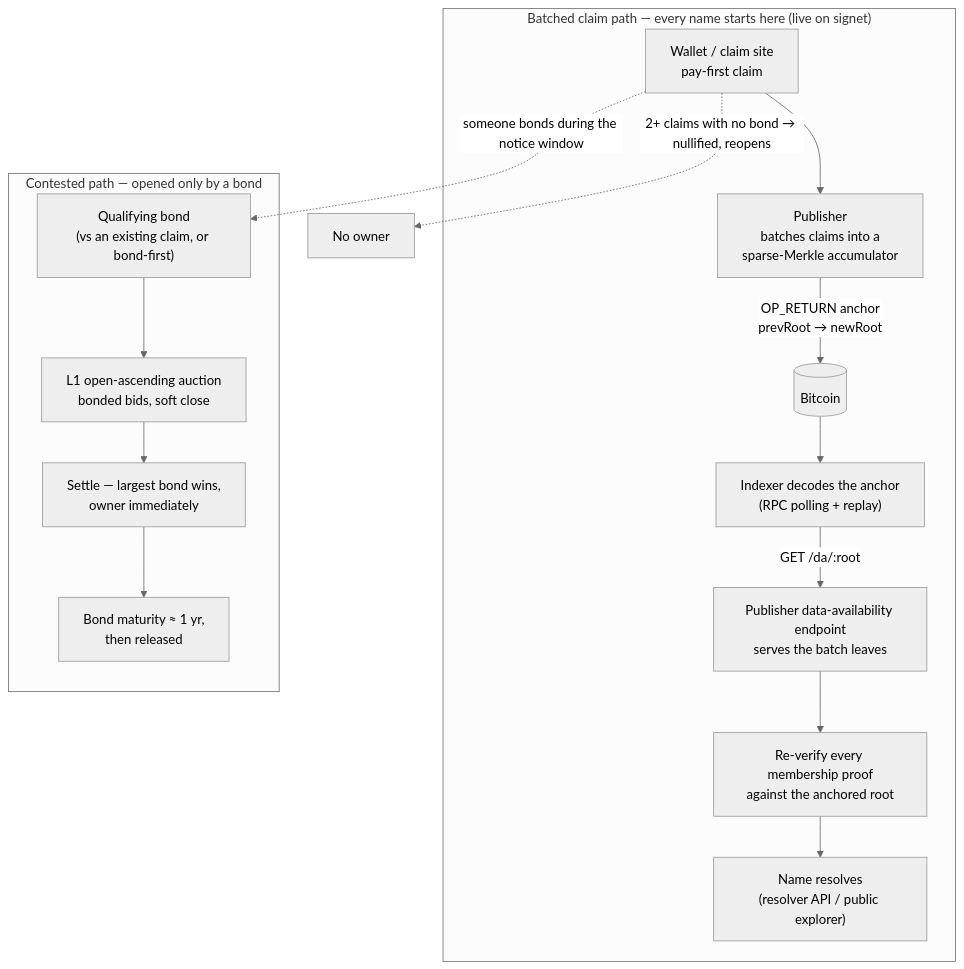
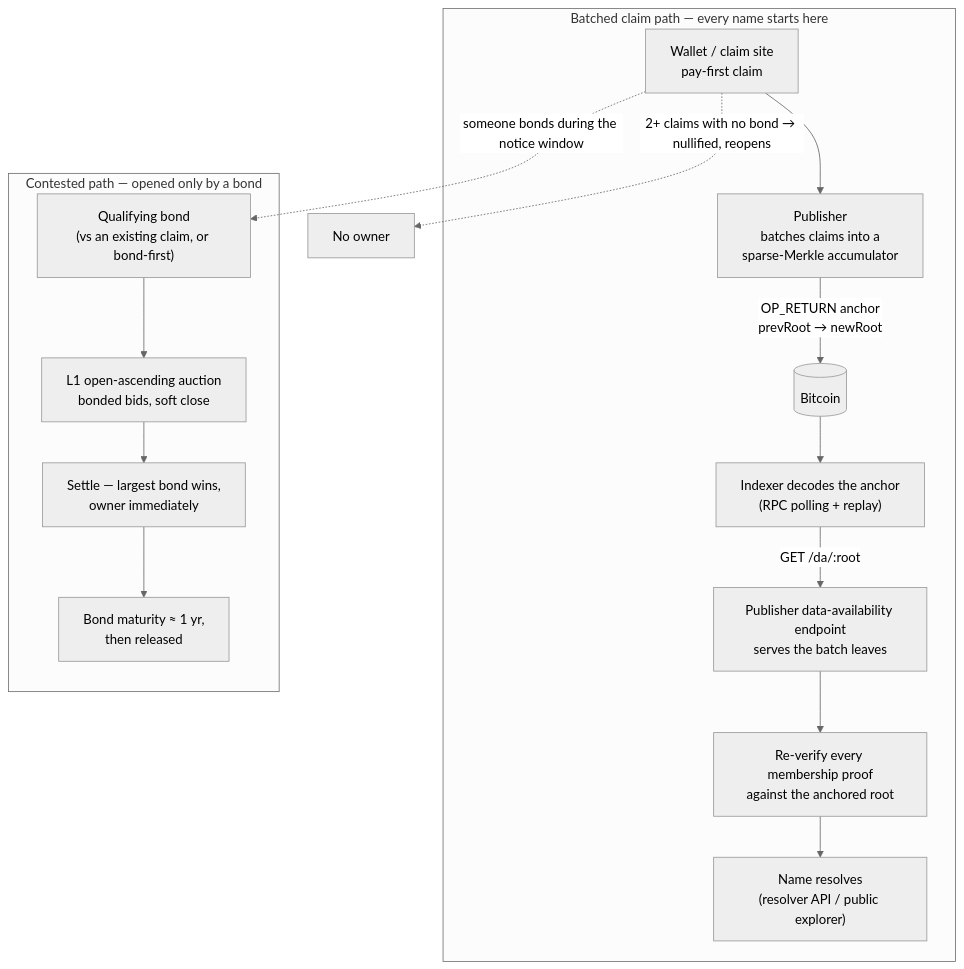
The diagram in README.md (deekay/ont), drawn with Mermaid (neutral theme) before and after one commit. The commit also changed other lines of this file and 11 other files, not shown here.

````diff
--- a/README.md
+++ b/README.md
@@ -60,18 +60,18 @@
 ```mermaid
 flowchart TB
-  subgraph CHEAP["Batched claim path — every name starts here (live on signet)"]
+  subgraph CHEAP["Batched claim path — every name starts here"]
     W["Wallet / claim site<br/>pay-first claim"] --> PB["Publisher<br/>batches claims into a<br/>sparse-Merkle accumulator"]
     PB -->|"OP_RETURN anchor<br/>prevRoot → newRoot"| BTC[("Bitcoin")]
     BTC --> IX["Indexer decodes the anchor<br/>(RPC polling + replay)"]
     IX -->|"GET /da/:root"| DAEP["Publisher data-availability endpoint<br/>serves the batch leaves"]
     DAEP --> RV["Re-verify every membership proof<br/>against the anchored root"]
     RV --> RES["Name resolves<br/>(resolver API / public explorer)"]
   end
   subgraph CONT["Contested path — opened only by a bond"]
     BD["Qualifying bond<br/>(vs an existing claim, or bond-first)"] --> AUC["L1 open-ascending auction<br/>bonded bids, soft close"]
     AUC --> SET["Settle — largest bond wins,<br/>owner immediately"]
     SET --> MAT["Bond maturity ≈ 1 yr,<br/>then released"]
   end
   W -. "someone bonds during the notice window" .-> BD
   W -. "2+ claims with no bond → nullified, reopens" .-> NX["No owner"]
 ```
````
